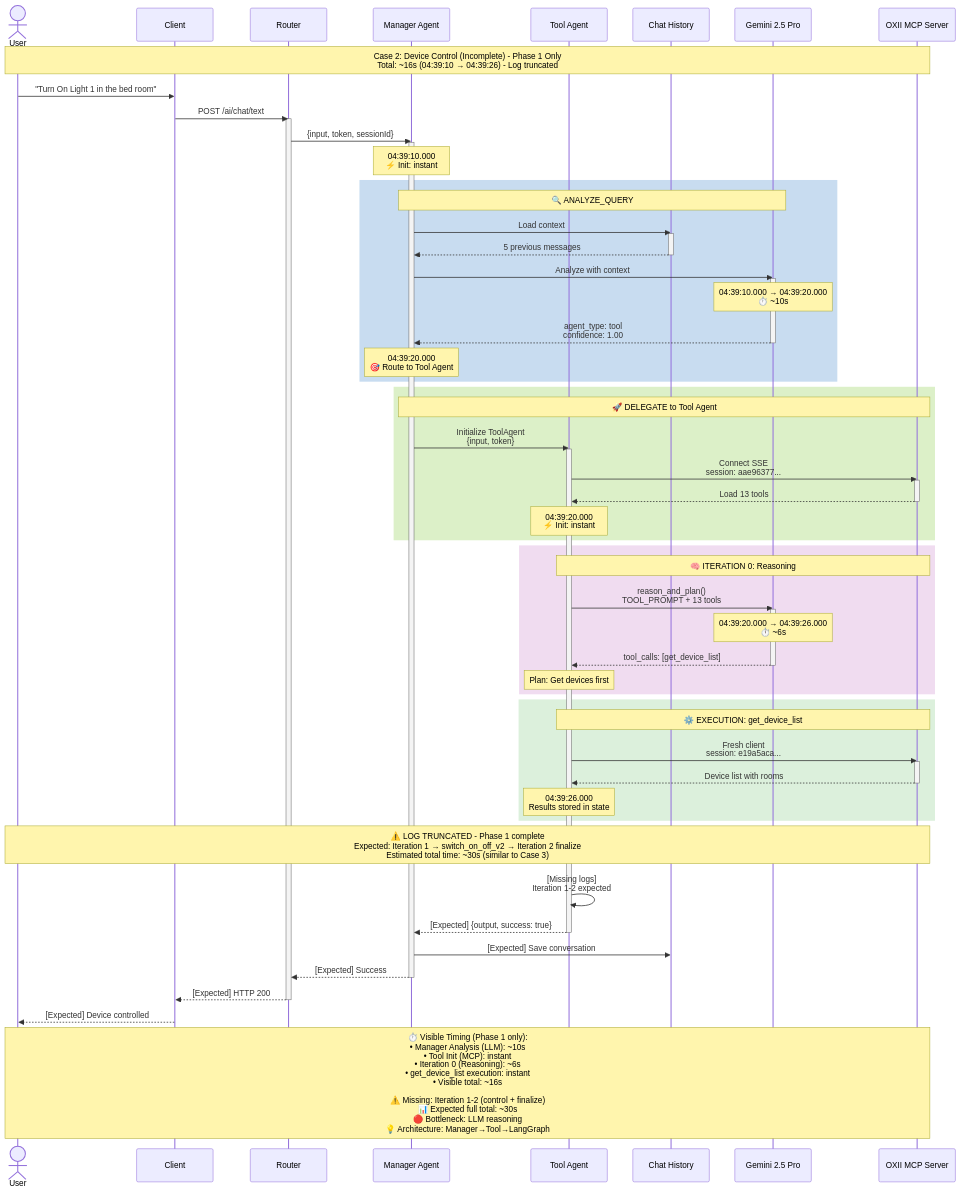
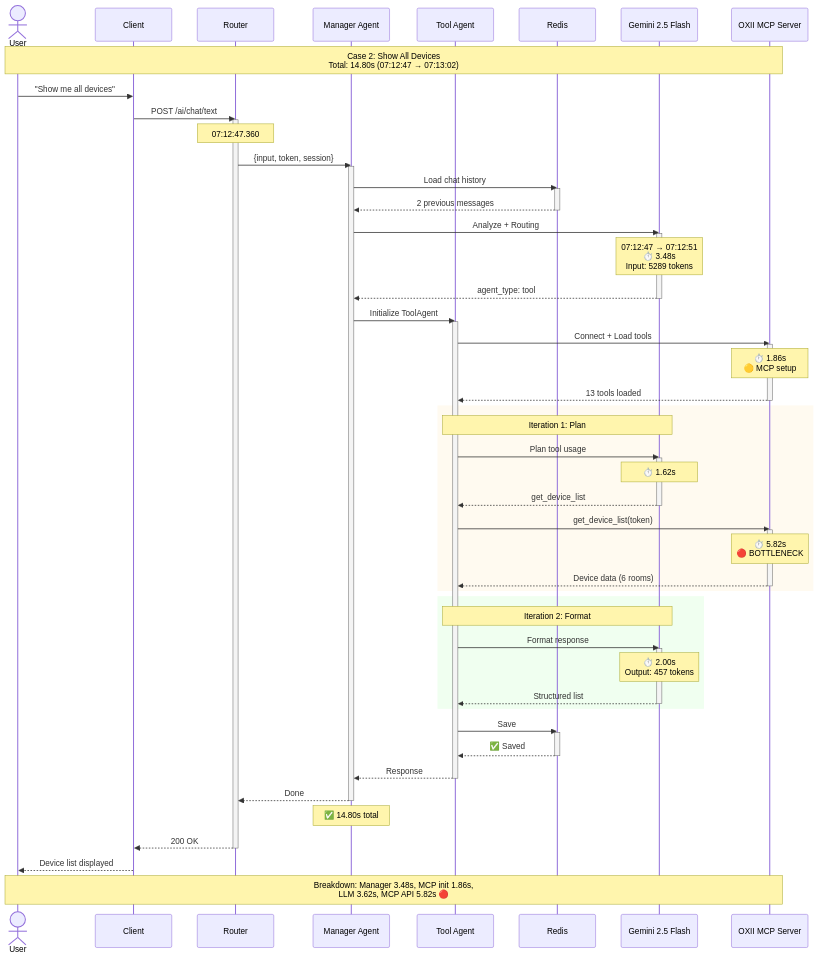
One commit to BaoBao112233/MAS-Planning changed the diagram in docs/diagrams/sequence_Case2.mmd. Above: the diagram before and after it, drawn with Mermaid. The commit also changed 37 other files, not shown here.

Commit message:
[Updated] Diagrams Gemini 2.5 Flash

```diff
--- a/docs/diagrams/sequence_Case2.mmd
+++ b/docs/diagrams/sequence_Case2.mmd
@@ -1,84 +1,80 @@
 sequenceDiagram
     actor User
     participant Client
     participant Router
     participant Manager as Manager Agent
     participant Tool as Tool Agent
-    participant Redis as Chat History
-    participant LLM as Gemini 2.5 Pro
+    participant Redis
+    participant LLM as Gemini 2.5 Flash
     participant MCP as OXII MCP Server
 
-    Note over User,MCP: Case 2: Device Control (Incomplete) - Phase 1 Only<br/>Total: ~16s (04:39:10 → 04:39:26) - Log truncated
+    Note over User,MCP: Case 2: Show All Devices<br/>Total: 14.80s (07:12:47 → 07:13:02)
 
-    %% Request Phase
-    User->>Client: "Turn On Light 1 in the bed room"
+    User->>Client: "Show me all devices"
     Client->>Router: POST /ai/chat/text
     activate Router
-
-    %% Manager Processing
-    Router->>Manager: {input, token, sessionId}
+    Note over Router: 07:12:47.360
+    
+    Router->>Manager: {input, token, session}
     activate Manager
-    Note over Manager: 04:39:10.000<br/>⚡ Init: instant
-
-    rect rgb(200, 220, 240)
-        Note over Manager,LLM: 🔍 ANALYZE_QUERY
-        Manager->>Redis: Load context
-        activate Redis
-        Redis-->>Manager: 5 previous messages
-        deactivate Redis
-
-        Manager->>LLM: Analyze with context
+    
+    Manager->>Redis: Load chat history
+    activate Redis
+    Redis-->>Manager: 2 previous messages
+    deactivate Redis
+    
+    Manager->>LLM: Analyze + Routing
+    activate LLM
+    Note over LLM: 07:12:47 → 07:12:51<br/>⏱️ 3.48s<br/>Input: 5289 tokens
+    LLM-->>Manager: agent_type: tool
+    deactivate LLM
+    
+    Manager->>Tool: Initialize ToolAgent
+    activate Tool
+    
+    Tool->>MCP: Connect + Load tools
+    activate MCP
+    Note over MCP: ⏱️ 1.86s<br/>🟡 MCP setup
+    MCP-->>Tool: 13 tools loaded
+    deactivate MCP
+    
+    rect rgb(255, 250, 240)
+        Note over Tool,LLM: Iteration 1: Plan
+        Tool->>LLM: Plan tool usage
         activate LLM
-        Note over LLM: 04:39:10.000 → 04:39:20.000<br/>⏱️ ~10s
-        LLM-->>Manager: agent_type: tool<br/>confidence: 1.00
+        Note over LLM: ⏱️ 1.62s
+        LLM-->>Tool: get_device_list
         deactivate LLM
-        Note over Manager: 04:39:20.000<br/>🎯 Route to Tool Agent
+        
+        Tool->>MCP: get_device_list(token)
+        activate MCP
+        Note over MCP: ⏱️ 5.82s<br/>🔴 BOTTLENECK
+        MCP-->>Tool: Device data (6 rooms)
+        deactivate MCP
     end
-
-    rect rgb(220, 240, 200)
-        Note over Manager,MCP: 🚀 DELEGATE to Tool Agent
-        Manager->>Tool: Initialize ToolAgent<br/>{input, token}
-        activate Tool
-        
-        Tool->>MCP: Connect SSE<br/>session: aae96377...
-        activate MCP
-        MCP-->>Tool: Load 13 tools
-        deactivate MCP
-        Note over Tool: 04:39:20.000<br/>⚡ Init: instant
+    
+    rect rgb(240, 255, 240)
+        Note over Tool,LLM: Iteration 2: Format
+        Tool->>LLM: Format response
+        activate LLM
+        Note over LLM: ⏱️ 2.00s<br/>Output: 457 tokens
+        LLM-->>Tool: Structured list
+        deactivate LLM
     end
-
-    rect rgb(240, 220, 240)
-        Note over Tool,MCP: 🧠 ITERATION 0: Reasoning
-        Tool->>LLM: reason_and_plan()<br/>TOOL_PROMPT + 13 tools
-        activate LLM
-        Note over LLM: 04:39:20.000 → 04:39:26.000<br/>⏱️ ~6s
-        LLM-->>Tool: tool_calls: [get_device_list]
-        deactivate LLM
-        Note over Tool: Plan: Get devices first
-    end
-
-    rect rgb(220, 240, 220)
-        Note over Tool,MCP: ⚙️ EXECUTION: get_device_list
-        Tool->>MCP: Fresh client<br/>session: e19a5aca...
-        activate MCP
-        MCP-->>Tool: Device list with rooms
-        deactivate MCP
-        Note over Tool: 04:39:26.000<br/>Results stored in state
-    end
-
-    Note over User,MCP: ⚠️ LOG TRUNCATED - Phase 1 complete<br/>Expected: Iteration 1 → switch_on_off_v2 → Iteration 2 finalize<br/>Estimated total time: ~30s (similar to Case 3)
-
-    Tool->>Tool: [Missing logs]<br/>Iteration 1-2 expected
     
-    Tool-->>Manager: [Expected] {output, success: true}
+    Tool->>Redis: Save
+    activate Redis
+    Redis-->>Tool: ✅ Saved
+    deactivate Redis
+    
+    Tool-->>Manager: Response
     deactivate Tool
-
-    Manager->>Redis: [Expected] Save conversation
-    Manager-->>Router: [Expected] Success
+    Manager-->>Router: Done
     deactivate Manager
-    Router-->>Client: [Expected] HTTP 200
+    Note over Manager: ✅ 14.80s total
+    
+    Router-->>Client: 200 OK
     deactivate Router
-    Client-->>User: [Expected] Device controlled
-
-    %% Timing Breakdown
-    Note over User,MCP: ⏱️ Visible Timing (Phase 1 only):<br/>• Manager Analysis (LLM): ~10s<br/>• Tool Init (MCP): instant<br/>• Iteration 0 (Reasoning): ~6s<br/>• get_device_list execution: instant<br/>• Visible total: ~16s<br/><br/>⚠️ Missing: Iteration 1-2 (control + finalize)<br/>📊 Expected full total: ~30s<br/>🔴 Bottleneck: LLM reasoning<br/>💡 Architecture: Manager→Tool→LangGraph
+    Client-->>User: Device list displayed
+    
+    Note over User,MCP: Breakdown: Manager 3.48s, MCP init 1.86s,<br/>LLM 3.62s, MCP API 5.82s 🔴
```
